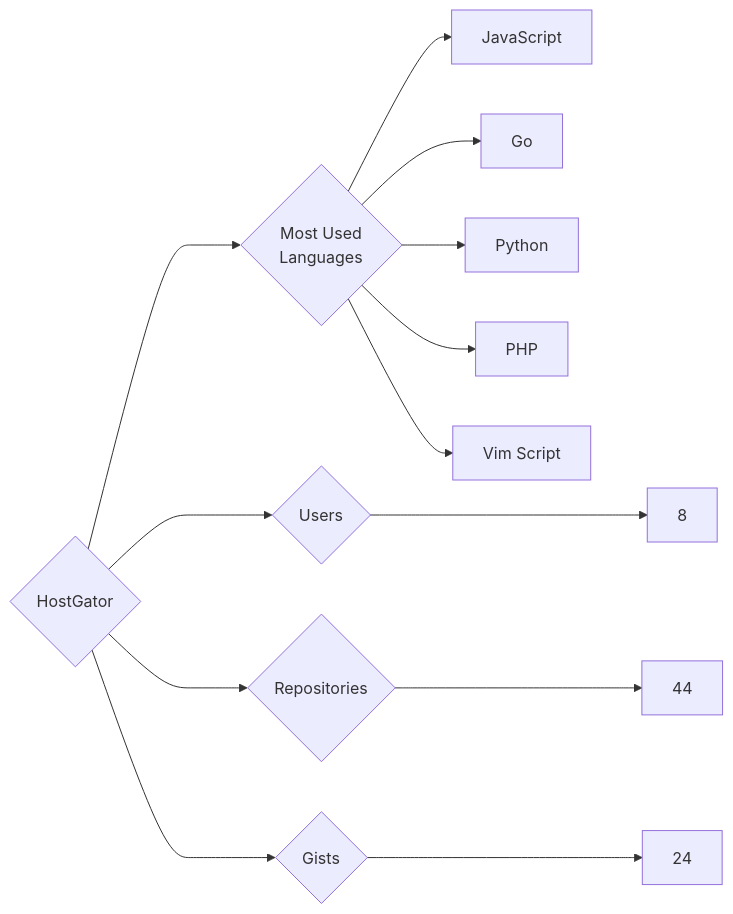
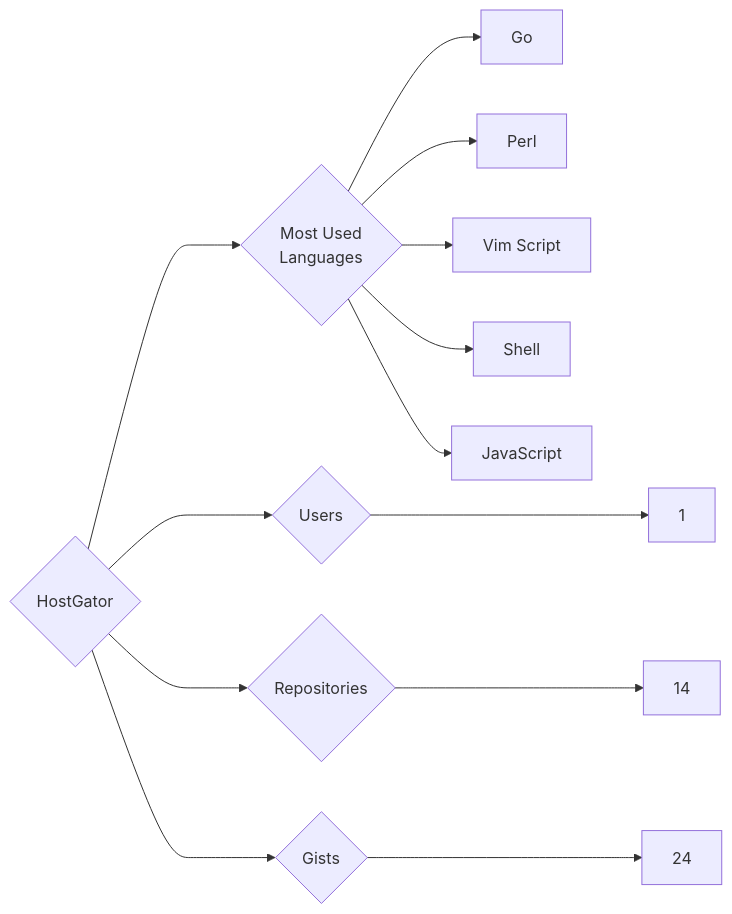
The diagram in targets/HostGator/README.md (trickest/insiders), drawn with Mermaid before and after one commit. The commit also changed 860 other files, not shown here.

````diff
--- a/targets/HostGator/README.md
+++ b/targets/HostGator/README.md
@@ -3,13 +3,13 @@
 ```mermaid
 graph LR
 COMPANY_NAME{HostGator}
-COMPANY_NAME ---> U{Users} ---> UN[8]
-COMPANY_NAME ---> R{Repositories} ---> RN[44]
+COMPANY_NAME ---> U{Users} ---> UN[1]
+COMPANY_NAME ---> R{Repositories} ---> RN[14]
 COMPANY_NAME ---> G{Gists} ---> GN[24]
 COMPANY_NAME ---> ML{Most Used<br>Languages}
+ML --> Go[Go]
+ML --> Perl[Perl]
+ML --> Vim_Script[Vim Script]
+ML --> Shell[Shell]
 ML --> JavaScript[JavaScript]
-ML --> Go[Go]
-ML --> Python[Python]
-ML --> PHP[PHP]
-ML --> Vim_Script[Vim Script]
 ```
````
